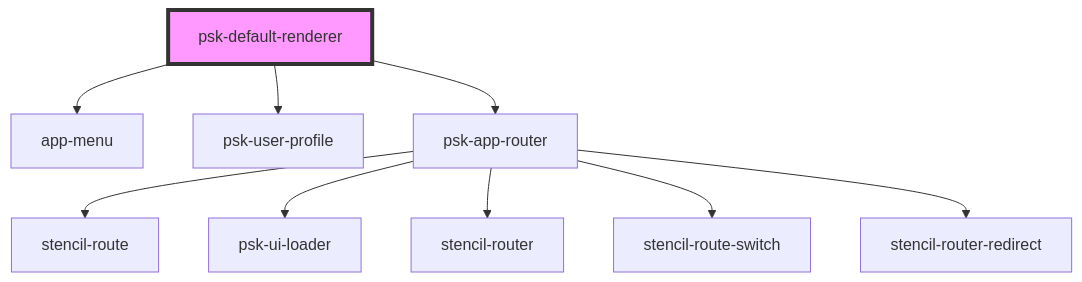
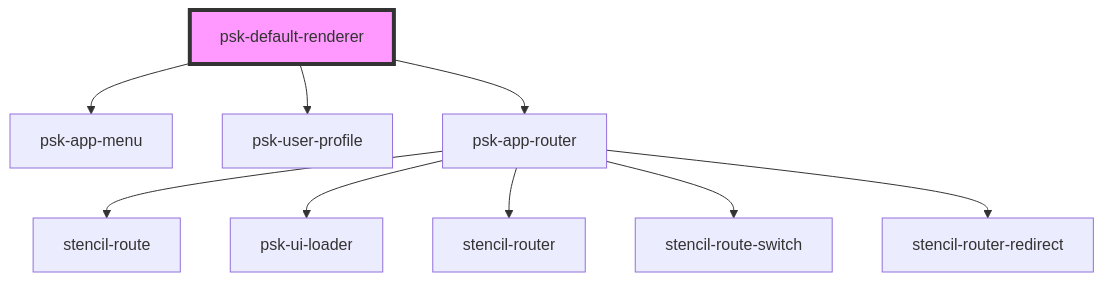
Before and after one commit to daniel-visoiu/cardinal: the diagram in src/components/renderers/app-root-renders/readme.md, drawn with Mermaid. The commit also changed other lines of this file and 6 other files, not shown here.

Commit message:
app-menu converted in psk-app-menu

````diff
--- a/src/components/renderers/app-root-renders/readme.md
+++ b/src/components/renderers/app-root-renders/readme.md
@@ -32,12 +32,12 @@
 ```mermaid
 graph TD;
-  psk-default-renderer --> app-menu
+  psk-default-renderer --> psk-app-menu
   psk-default-renderer --> psk-user-profile
   psk-default-renderer --> psk-app-router
   psk-app-router --> stencil-route
   psk-app-router --> psk-ui-loader
   psk-app-router --> stencil-router
   psk-app-router --> stencil-route-switch
   psk-app-router --> stencil-router-redirect
   style psk-default-renderer fill:#f9f,stroke:#333,stroke-width:4px
 ```
````
